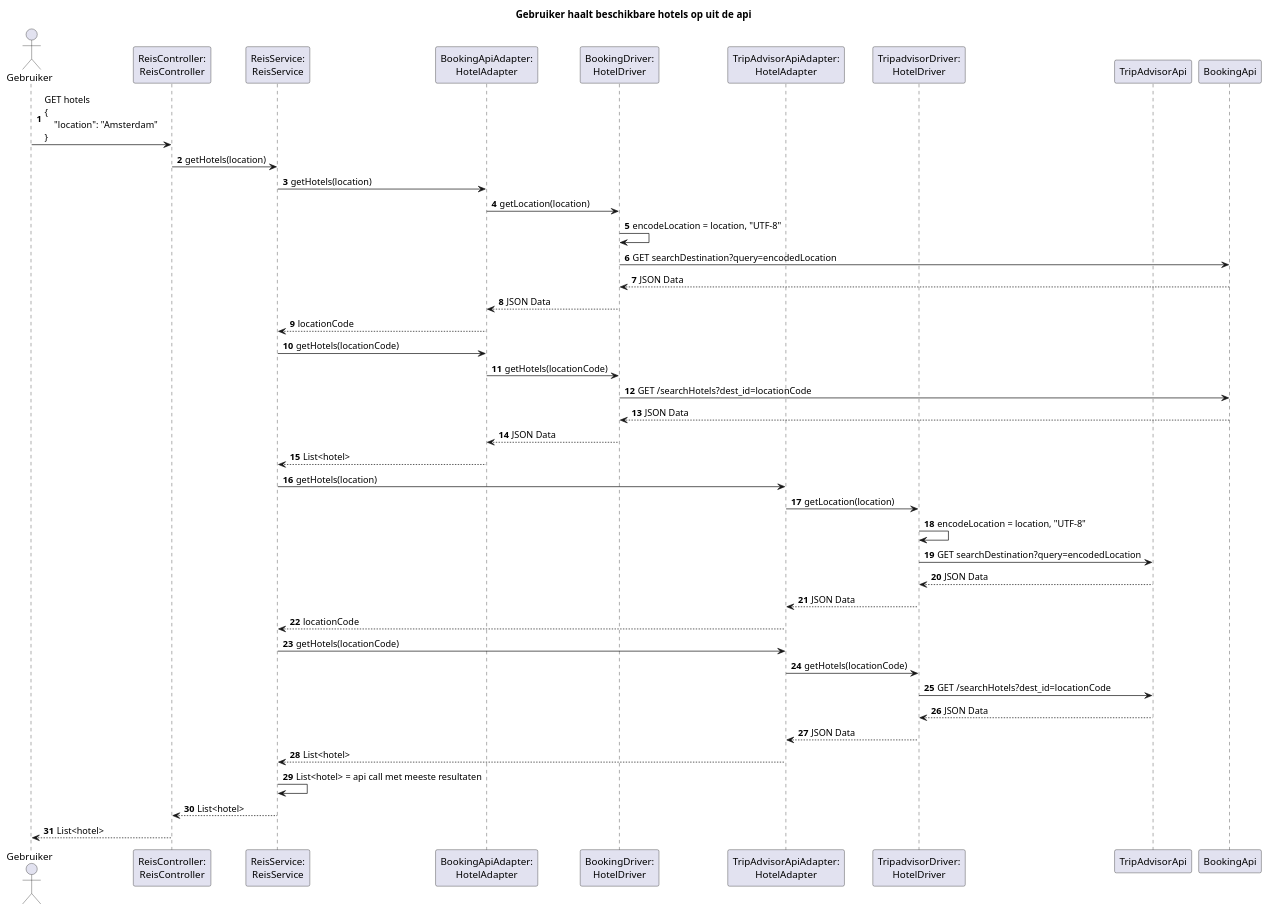
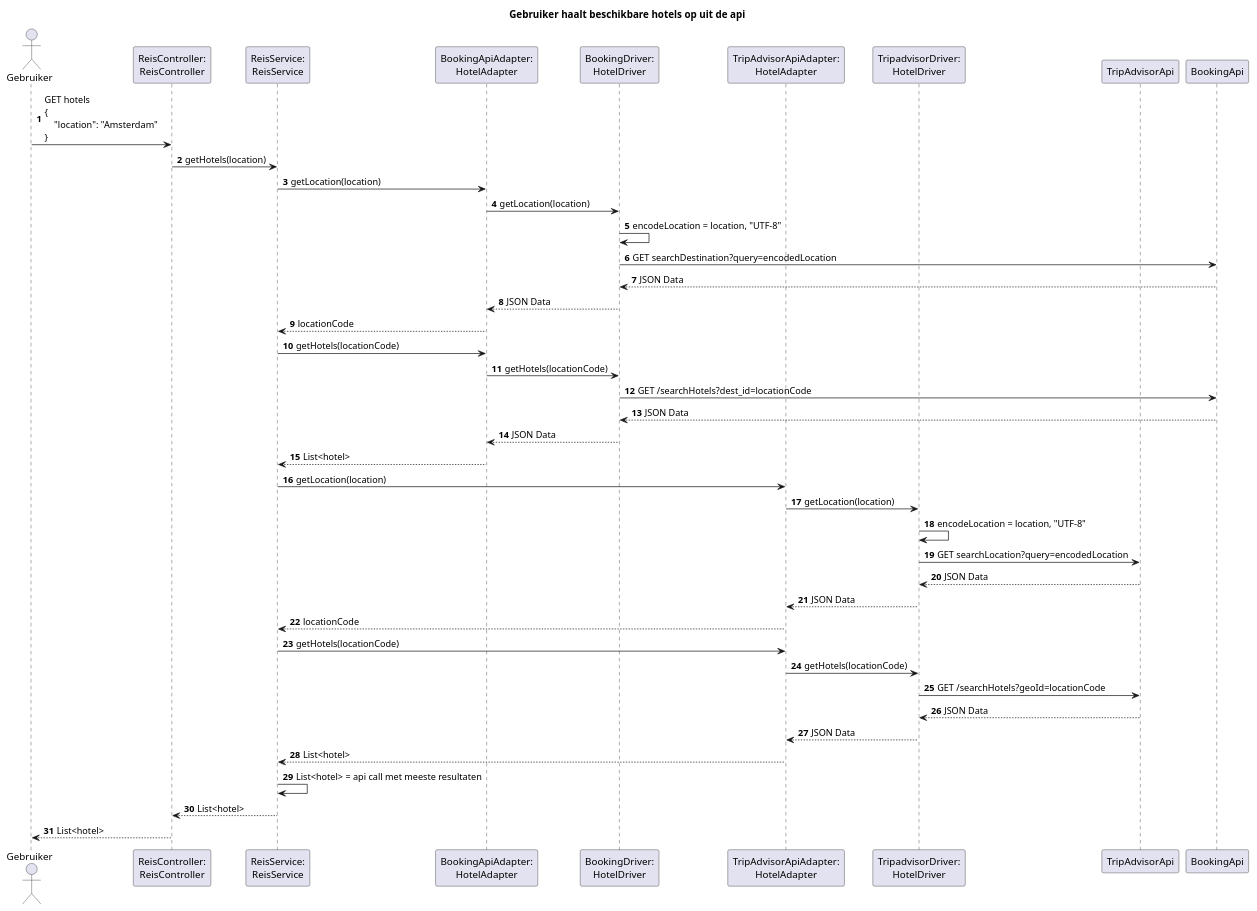
Before and after one commit to AIM-ENE-feb25/triptop-groep-b5: the diagram in opdracht-diagrammen/diagrammen-Brian/sequentiediagram.puml, drawn with PlantUML.

```diff
--- a/opdracht-diagrammen/diagrammen-Brian/sequentiediagram.puml
+++ b/opdracht-diagrammen/diagrammen-Brian/sequentiediagram.puml
@@ -1,61 +1,61 @@
 @startuml
 
 autonumber
 
 title "Gebruiker haalt beschikbare hotels op uit de api"
 
 actor "Gebruiker" as Gebruiker
 participant "ReisController:\nReisController" as controller1
 participant "ReisService:\nReisService" as service1
 participant "BookingApiAdapter:\nHotelAdapter" as BookingAdapt
 participant "BookingDriver:\nHotelDriver" as BookingDrv
 participant "TripAdvisorApiAdapter:\nHotelAdapter" as TripAdapt
 participant "TripadvisorDriver:\nHotelDriver" as TripDrv
 
 participant "TripAdvisorApi" as TripApi
 participant "BookingApi" as BookingApi
 
 
 Gebruiker -> controller1 : GET hotels\n\
 {\n\
     "location": "Amsterdam" \n\
 }
 
 controller1 -> service1 : getHotels(location)
 
-service1 -> BookingAdapt : getHotels(location)
+service1 -> BookingAdapt : getLocation(location)
 BookingAdapt -> BookingDrv : getLocation(location)
 BookingDrv -> BookingDrv : encodeLocation = location, "UTF-8"
 BookingDrv -> BookingApi : GET searchDestination?query=encodedLocation
 BookingApi --> BookingDrv : JSON Data
 BookingDrv --> BookingAdapt : JSON Data
 BookingAdapt --> service1 : locationCode
 service1 -> BookingAdapt : getHotels(locationCode)
 BookingAdapt -> BookingDrv : getHotels(locationCode)
 BookingDrv -> BookingApi : GET /searchHotels?dest_id=locationCode
 BookingApi --> BookingDrv : JSON Data
 BookingDrv --> BookingAdapt : JSON Data
 BookingAdapt --> service1 : List<hotel>
 
-service1 -> TripAdapt : getHotels(location)
+service1 -> TripAdapt : getLocation(location)
 TripAdapt -> TripDrv : getLocation(location)
 TripDrv -> TripDrv : encodeLocation = location, "UTF-8"
-TripDrv -> TripApi : GET searchDestination?query=encodedLocation
+TripDrv -> TripApi : GET searchLocation?query=encodedLocation
 TripApi --> TripDrv : JSON Data
 TripDrv --> TripAdapt : JSON Data
 TripAdapt --> service1 : locationCode
 service1 -> TripAdapt : getHotels(locationCode)
 TripAdapt -> TripDrv : getHotels(locationCode)
-TripDrv -> TripApi : GET /searchHotels?dest_id=locationCode
+TripDrv -> TripApi : GET /searchHotels?geoId=locationCode
 TripApi --> TripDrv : JSON Data
 TripDrv --> TripAdapt : JSON Data
 TripAdapt --> service1 : List<hotel>
 
 
 service1 -> service1 : List<hotel> = api call met meeste resultaten
 service1 --> controller1 : List<hotel>
 controller1 --> Gebruiker : List<hotel>
 
 
 
 @enduml
```
